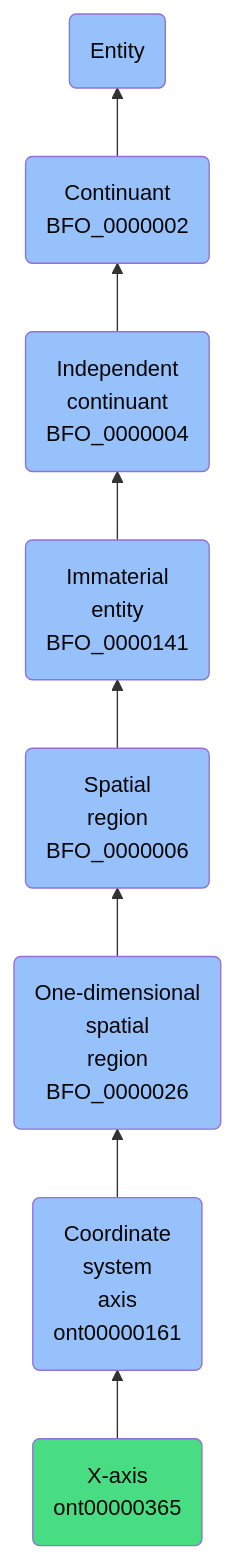
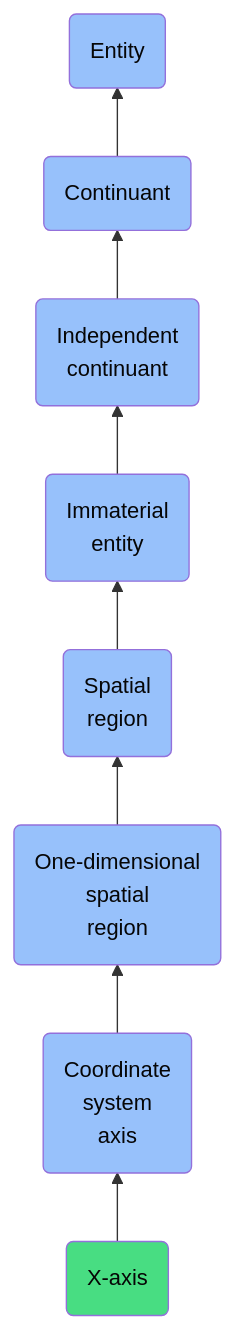
The diagram in docs/ontology/reference/model/Entity/Continuant/Independent continuant/Immaterial entity/Spatial region/One-dimensional spatial region/Coordinate system axis/X-axis/X-axis.md (jupyter-naas/abi), drawn with Mermaid before and after one commit. The commit also changed other lines of this file and 1430 other files, not shown here.

````diff
--- a/docs/ontology/reference/model/Entity/Continuant/Independent continuant/Immaterial entity/Spatial region/One-dimensional spatial region/Coordinate system axis/X-axis/X-axis.md
+++ b/docs/ontology/reference/model/Entity/Continuant/Independent continuant/Immaterial entity/Spatial region/One-dimensional spatial region/Coordinate system axis/X-axis/X-axis.md
@@ -24,15 +24,15 @@
 ```mermaid
 graph BT
-    ont00000365(X-axis<br>ont00000365):::ABI-->ont00000161
-    ont00000161(Coordinate<br>system<br>axis<br>ont00000161):::BFO-->BFO_0000026
-    BFO_0000026(One-dimensional<br>spatial<br>region<br>BFO_0000026):::BFO-->BFO_0000006
-    BFO_0000006(Spatial<br>region<br>BFO_0000006):::BFO-->BFO_0000141
-    BFO_0000141(Immaterial<br>entity<br>BFO_0000141):::BFO-->BFO_0000004
-    BFO_0000004(Independent<br>continuant<br>BFO_0000004):::BFO-->BFO_0000002
-    BFO_0000002(Continuant<br>BFO_0000002):::BFO-->BFO_0000001
+    ont00000365(X-axis):::ABI-->ont00000161
+    ont00000161(Coordinate<br>system<br>axis):::BFO-->BFO_0000026
+    BFO_0000026(One-dimensional<br>spatial<br>region):::BFO-->BFO_0000006
+    BFO_0000006(Spatial<br>region):::BFO-->BFO_0000141
+    BFO_0000141(Immaterial<br>entity):::BFO-->BFO_0000004
+    BFO_0000004(Independent<br>continuant):::BFO-->BFO_0000002
+    BFO_0000002(Continuant):::BFO-->BFO_0000001
     BFO_0000001(Entity):::BFO
     
     classDef BFO fill:#97c1fb,color:#060606
     classDef CCO fill:#e4c51e,color:#060606
     classDef ABI fill:#48DD82,color:#060606
 ```
````
